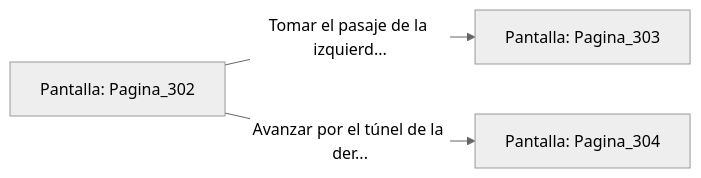
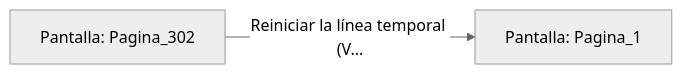
One commit to metsuke/mpl changed the diagram in sample/eligejuego-vault/Pantalla_Pagina_302.md. Above: the diagram before and after it, drawn with Mermaid (neutral theme). The commit also changed other lines of this file and 635 other files, not shown here.

First line of the commit message:
fix: añadir Pagina_1 como pantalla inicial en capitulo_01.mpl

````diff
--- a/sample/eligejuego-vault/Pantalla_Pagina_302.md
+++ b/sample/eligejuego-vault/Pantalla_Pagina_302.md
@@ -20,6 +17,5 @@
 ```mermaid
 graph LR
     P_Pagina_302["Pantalla: Pagina_302"]
-    P_Pagina_302 -->|"Tomar el pasaje de la izquierd..."| P_Pagina_303["Pantalla: Pagina_303"]
-    P_Pagina_302 -->|"Avanzar por el túnel de la der..."| P_Pagina_304["Pantalla: Pagina_304"]
+    P_Pagina_302 -->|"Reiniciar la línea temporal (V..."| P_Pagina_1["Pantalla: Pagina_1"]
 ```
````
